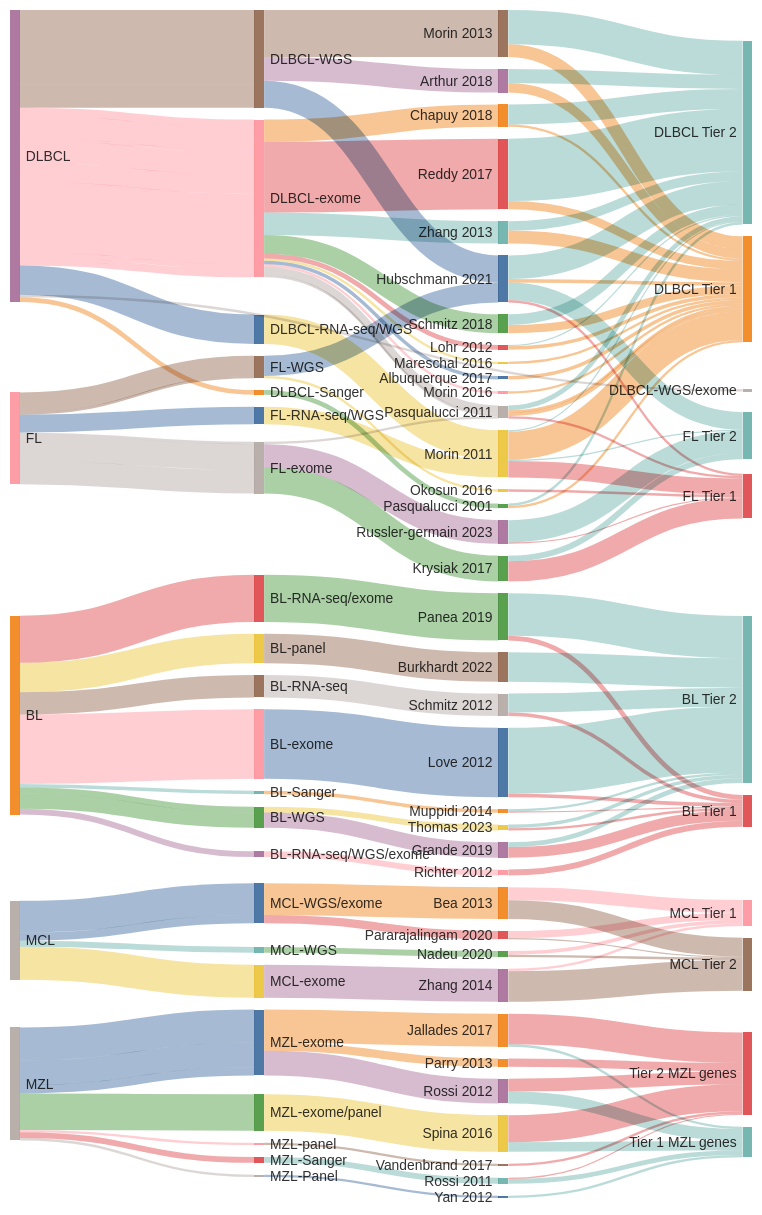
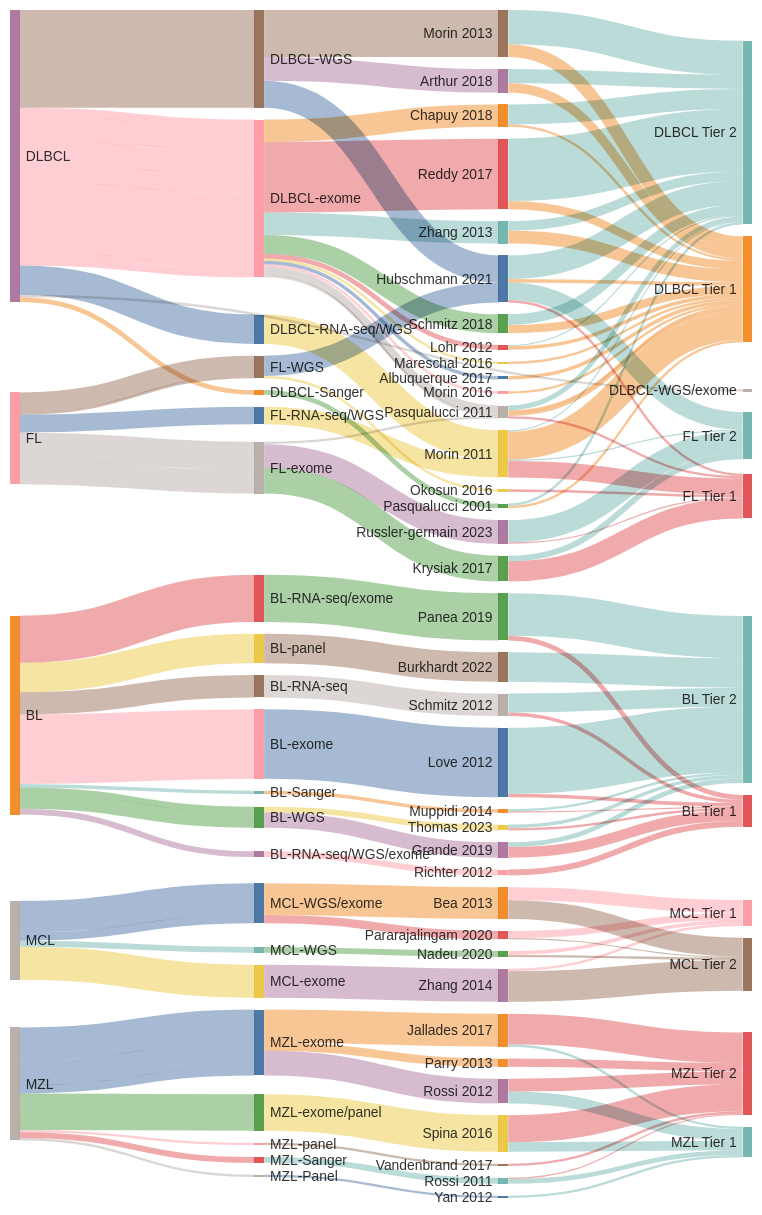
The diagram in Home.md (morinlab/lymphopedia), drawn with Mermaid before and after one commit.

````diff
--- a/Home.md
+++ b/Home.md
@@ -165,16 +165,16 @@
 MZL-Panel, Yan 2012, 2
 MZL, MZL-exome, 7
 MZL-exome, Parry 2013, 7
-Vandenbrand 2017, Tier 2 MZL genes, 2
-Rossi 2012, Tier 1 MZL genes, 10
-Rossi 2012, Tier 2 MZL genes, 11
-Yan 2012, Tier 1 MZL genes, 2
-Parry 2013, Tier 2 MZL genes, 7
-Spina 2016, Tier 1 MZL genes, 8
-Spina 2016, Tier 2 MZL genes, 23
-Jallades 2017, Tier 1 MZL genes, 2
-Jallades 2017, Tier 2 MZL genes, 26
-Rossi 2011, Tier 1 MZL genes, 4
-Rossi 2011, Tier 2 MZL genes, 1
+Vandenbrand 2017, MZL Tier 2, 2
+Rossi 2012, MZL Tier 1, 10
+Rossi 2012, MZL Tier 2, 11
+Yan 2012, MZL Tier 1, 2
+Parry 2013, MZL Tier 2, 7
+Spina 2016, MZL Tier 1, 8
+Spina 2016, MZL Tier 2, 23
+Jallades 2017, MZL Tier 1, 2
+Jallades 2017, MZL Tier 2, 26
+Rossi 2011, MZL Tier 1, 4
+Rossi 2011, MZL Tier 2, 1
 
 ```
````
